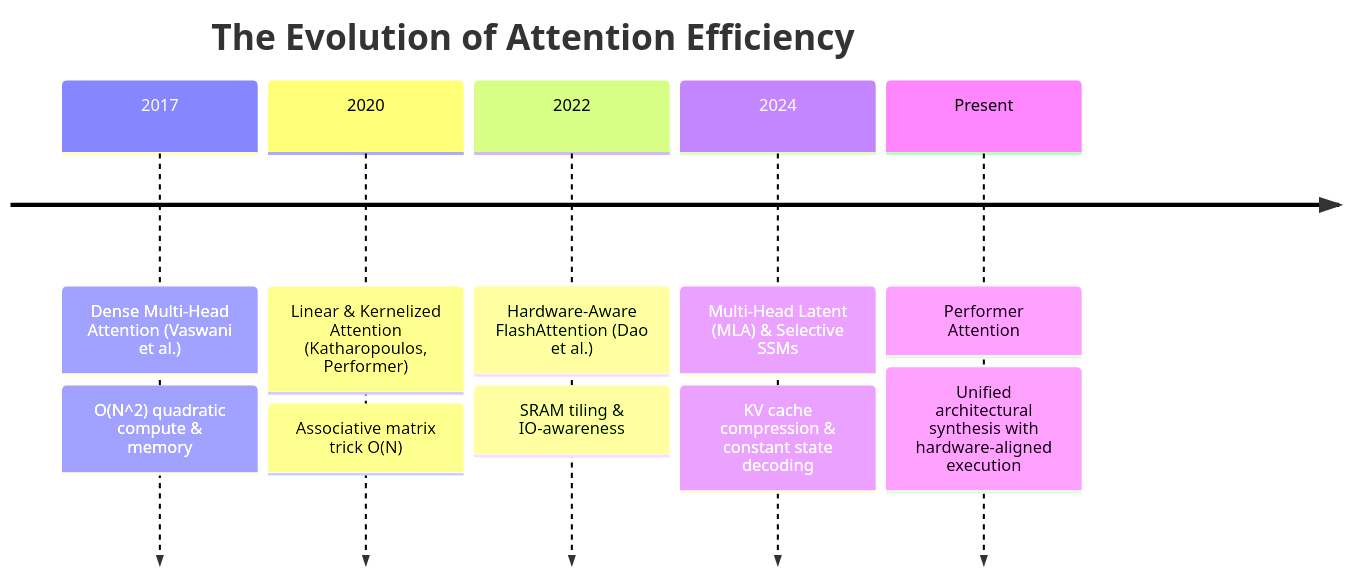
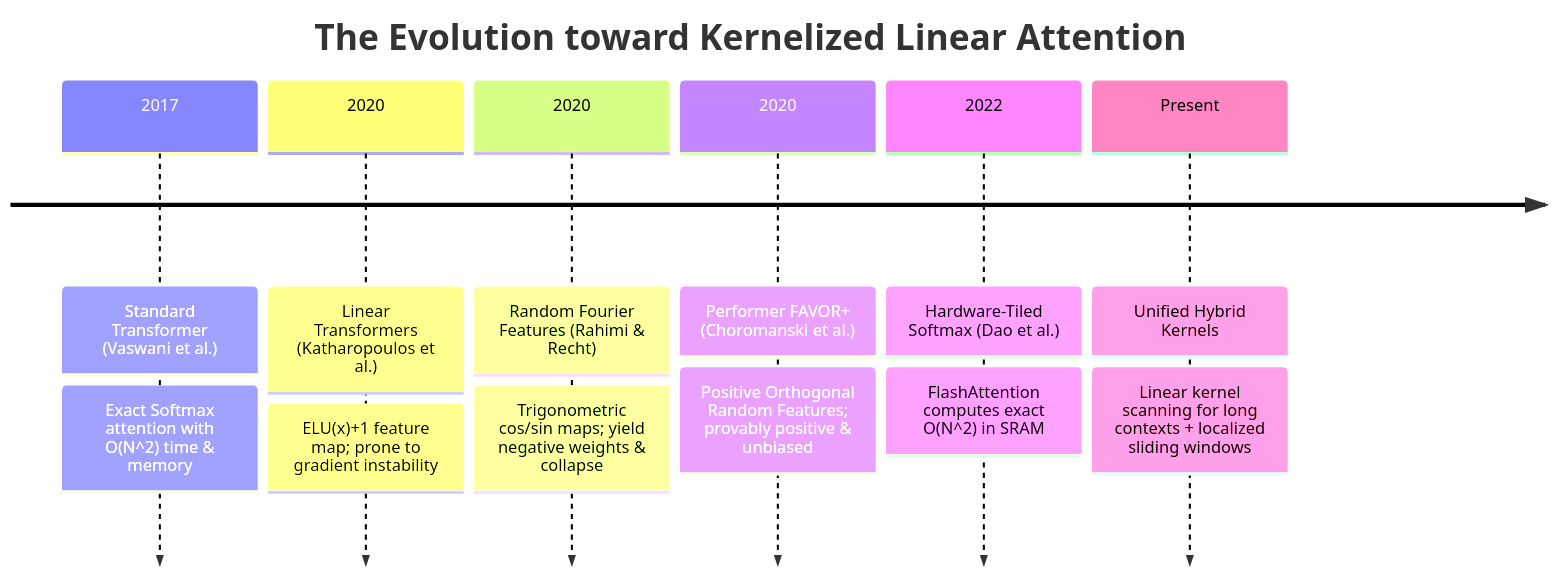
Before and after one commit to tahamajs/NeuralOps: the first of 2 diagrams in Docs/content/attentions_blog/performer_attention_blog.md, drawn with Mermaid. The commit also changed other lines of this file and 19 other files, not shown here.

````diff
--- a/Docs/content/attentions_blog/performer_attention_blog.md
+++ b/Docs/content/attentions_blog/performer_attention_blog.md
@@ -58,9 +83,10 @@
 ```mermaid
 timeline
-    title The Evolution of Attention Efficiency
-    2017 : Dense Multi-Head Attention (Vaswani et al.) : O(N^2) quadratic compute & memory
-    2020 : Linear & Kernelized Attention (Katharopoulos, Performer) : Associative matrix trick O(N)
-    2022 : Hardware-Aware FlashAttention (Dao et al.) : SRAM tiling & IO-awareness
-    2024 : Multi-Head Latent (MLA) & Selective SSMs : KV cache compression & constant state decoding
-    Present : Performer Attention : Unified architectural synthesis with hardware-aligned execution
+    title The Evolution toward Kernelized Linear Attention
+    2017 : Standard Transformer (Vaswani et al.) : Exact Softmax attention with O(N^2) time & memory
+    2020 : Linear Transformers (Katharopoulos et al.) : ELU(x)+1 feature map; prone to gradient instability
+    2020 : Random Fourier Features (Rahimi & Recht) : Trigonometric cos/sin maps; yield negative weights & collapse
+    2020 : Performer FAVOR+ (Choromanski et al.) : Positive Orthogonal Random Features; provably positive & unbiased
+    2022 : Hardware-Tiled Softmax (Dao et al.) : FlashAttention computes exact O(N^2) in SRAM
+    Present : Unified Hybrid Kernels : Linear kernel scanning for long contexts + localized sliding windows
 ```
````
